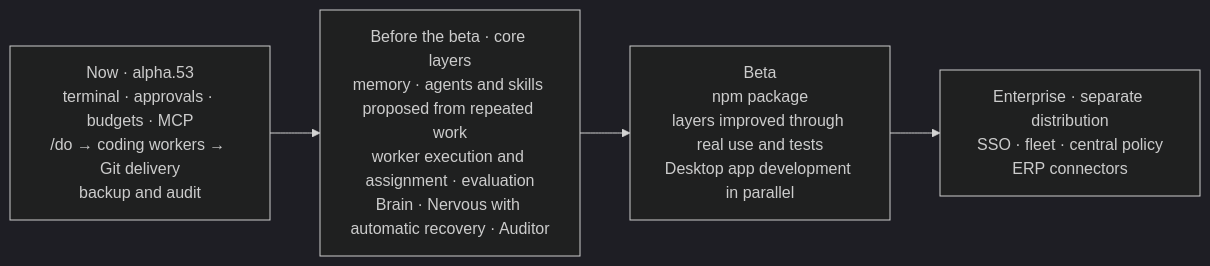
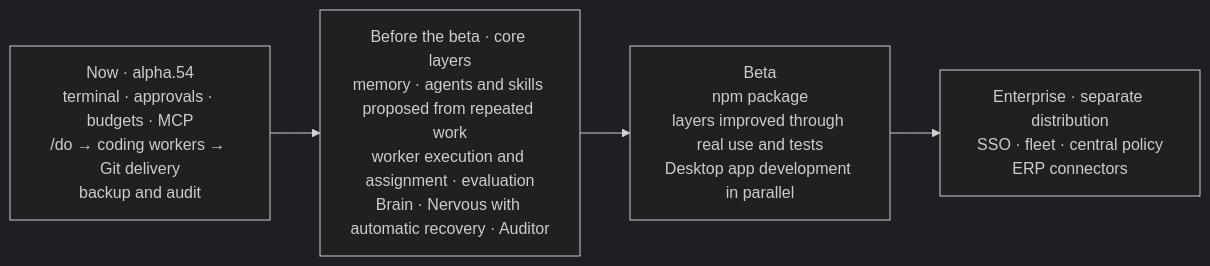
The sixth of 6 diagrams in README.md (Verhex/deckent-next), drawn with Mermaid (dark theme) before and after one commit. The commit also changed other lines of this file and 15 other files, not shown here.

````diff
--- a/README.md
+++ b/README.md
@@ -517,6 +522,6 @@
 ```mermaid
 flowchart LR
-  N["Now · alpha.53<br/>terminal · approvals · budgets · MCP<br/>/do → coding workers → Git delivery<br/>backup and audit"] --> C["Before the beta · core layers<br/>memory · agents and skills proposed from repeated work<br/>worker execution and assignment · evaluation<br/>Brain · Nervous with automatic recovery · Auditor"]
+  N["Now · alpha.54<br/>terminal · approvals · budgets · MCP<br/>/do → coding workers → Git delivery<br/>backup and audit"] --> C["Before the beta · core layers<br/>memory · agents and skills proposed from repeated work<br/>worker execution and assignment · evaluation<br/>Brain · Nervous with automatic recovery · Auditor"]
   C --> B["Beta<br/>npm package<br/>layers improved through real use and tests<br/>Desktop app development in parallel"]
   B --> E["Enterprise · separate distribution<br/>SSO · fleet · central policy<br/>ERP connectors"]
 ```
````
